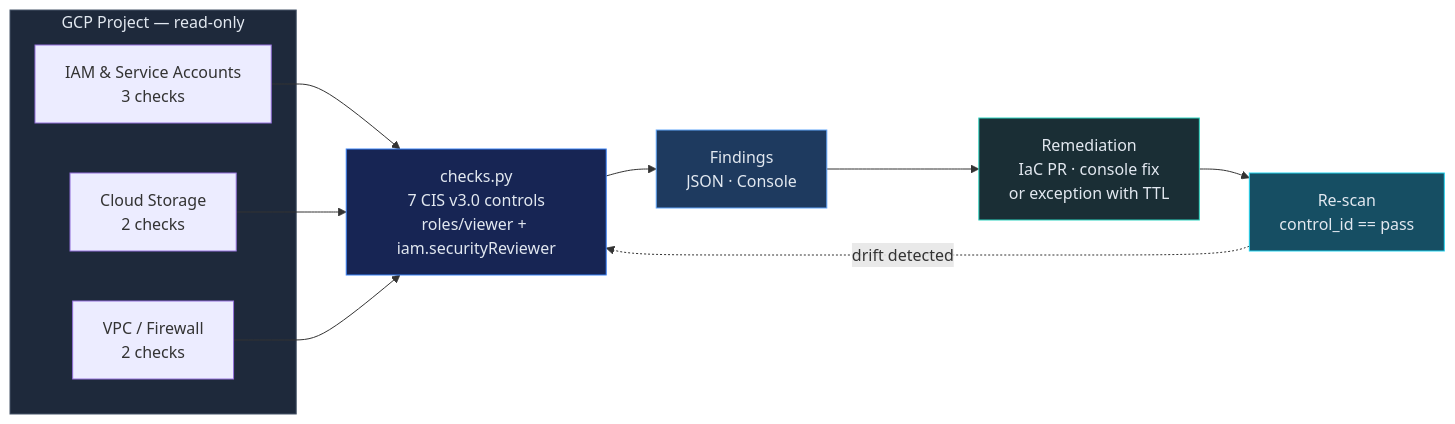
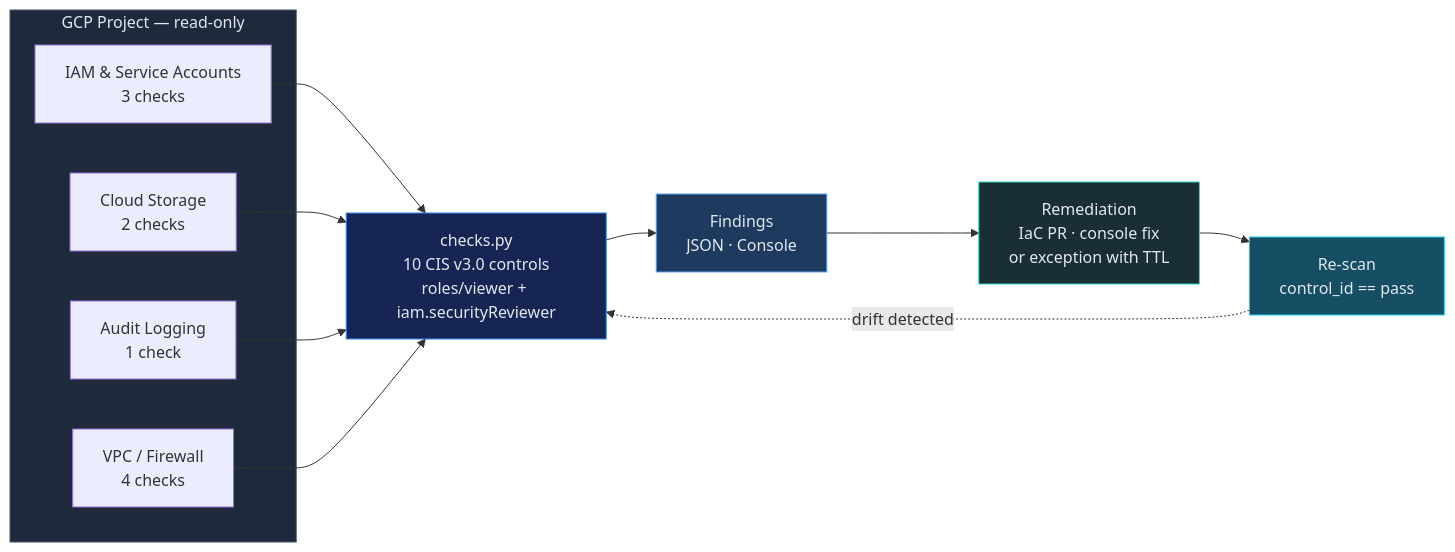
The diagram in skills/evaluation/cspm-gcp-cis-benchmark/SKILL.md (msaad00/cloud-ai-security-skills), drawn with Mermaid before and after one commit. The commit also changed other lines of this file and 3 other files, not shown here.

````diff
--- a/skills/evaluation/cspm-gcp-cis-benchmark/SKILL.md
+++ b/skills/evaluation/cspm-gcp-cis-benchmark/SKILL.md
@@ -58,22 +59,23 @@
 ```mermaid
 flowchart LR
     subgraph GCP["GCP Project — read-only"]
         IAM["IAM & Service Accounts<br/>3 checks"]
         GCS["Cloud Storage<br/>2 checks"]
-        NET["VPC / Firewall<br/>2 checks"]
+        LOG["Audit Logging<br/>1 check"]
+        NET["VPC / Firewall<br/>4 checks"]
     end
 
-    CHK["checks.py<br/>7 CIS v3.0 controls<br/>roles/viewer + iam.securityReviewer"]
+    CHK["checks.py<br/>10 CIS v3.0 controls<br/>roles/viewer + iam.securityReviewer"]
     OUT["Findings<br/>JSON · Console"]
     FIX["Remediation<br/>IaC PR · console fix<br/>or exception with TTL"]
     VERIFY["Re-scan<br/>control_id == pass"]
 
-    IAM & GCS & NET --> CHK --> OUT --> FIX --> VERIFY
+    IAM & GCS & LOG & NET --> CHK --> OUT --> FIX --> VERIFY
     VERIFY -. drift detected .-> CHK
 
     style GCP fill:#1e293b,stroke:#475569,color:#e2e8f0
     style CHK fill:#172554,stroke:#3b82f6,color:#e2e8f0
     style OUT fill:#1e3a5f,stroke:#60a5fa,color:#e2e8f0
     style FIX fill:#1a2e35,stroke:#2dd4bf,color:#e2e8f0
     style VERIFY fill:#164e63,stroke:#22d3ee,color:#e2e8f0
 ```
````
